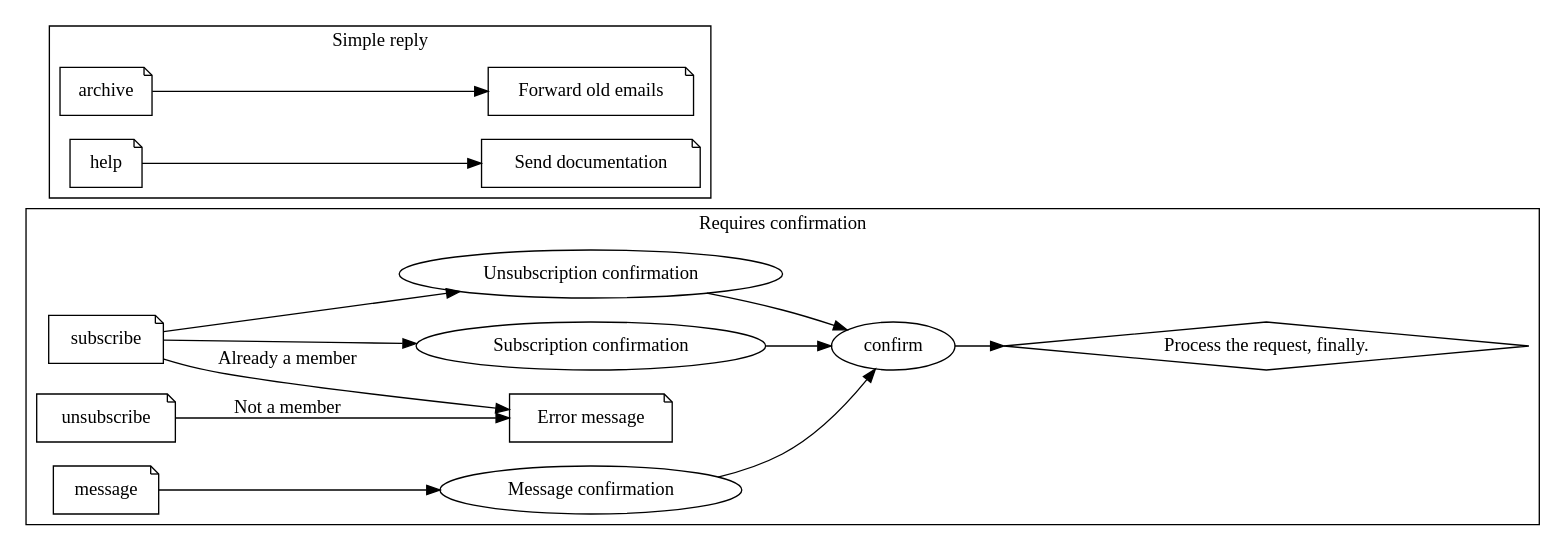
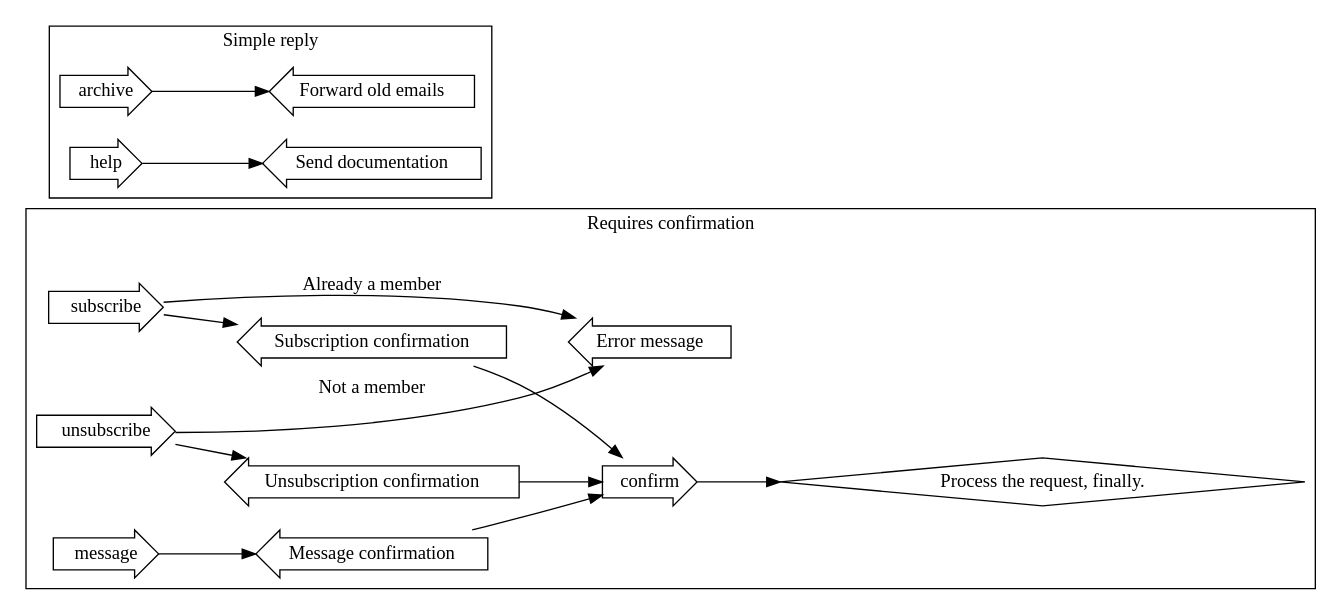
One commit to tlevine/ypotf changed the diagram in docs/flow.dot. Above: the diagram before and after it, drawn with Graphviz. The commit also changed 1 other file, not shown here.

Commit message:
simpler graphviz done

```diff
--- a/docs/flow.dot
+++ b/docs/flow.dot
@@ -1,26 +1,32 @@
 digraph ypotf {
     rankdir=LR
+    rank="max"
+
+    subscribe, unsubscribe, message, confirm, archive, help [shape=rarrow];
+    "Error message", "Subscription confirmation", "Forward old emails",
+      "Send documentation", "Unsubscription confirmation",
+      "Message confirmation" [shape=larrow];
 
     subgraph cluster_0 {
       label="Requires confirmation";
-      subscribe, unsubscribe, message, "Error message" [shape=note];
+
+      "Subscription confirmation" -> "Error message" [style=invis];
 
       subscribe -> "Error message" [label="Already a member"];
       subscribe -> "Subscription confirmation" -> confirm;
 
       unsubscribe -> "Error message" [label="Not a member"];
-      subscribe -> "Unsubscription confirmation" -> confirm;
+      unsubscribe -> "Unsubscription confirmation" -> confirm;
 
       confirm -> "Process the request, finally.";
       "Process the request, finally." [shape=diamond];
 
       message -> "Message confirmation" -> confirm;
     }
 
-    archive, help, "Forward old emails", "Send documentation" [shape=note];
     subgraph cluster_1 {
       label="Simple reply";
       archive -> "Forward old emails";
       help -> "Send documentation";
     }
 }
```
